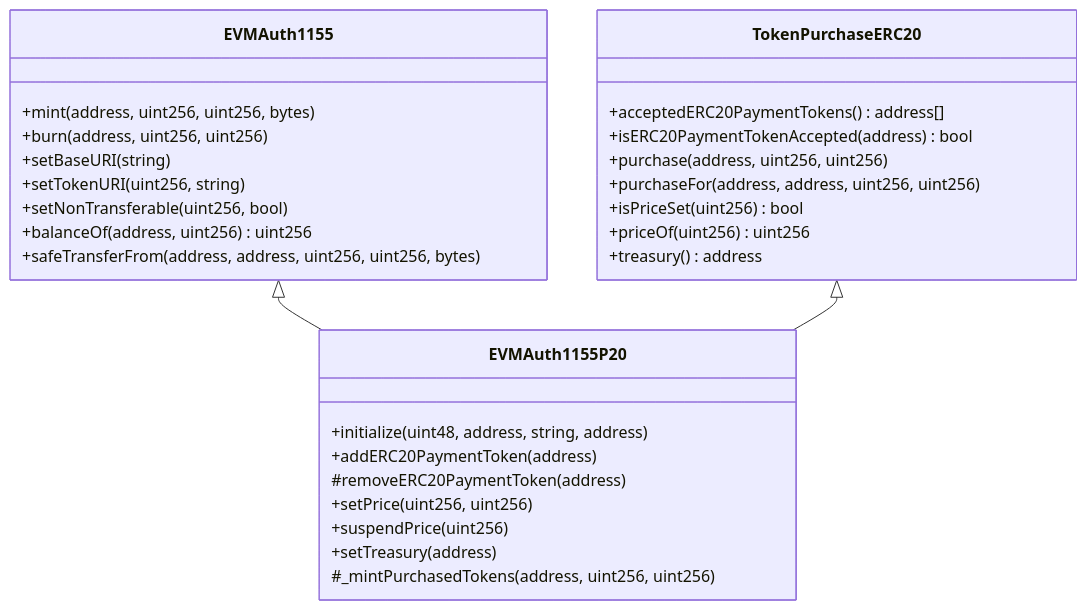
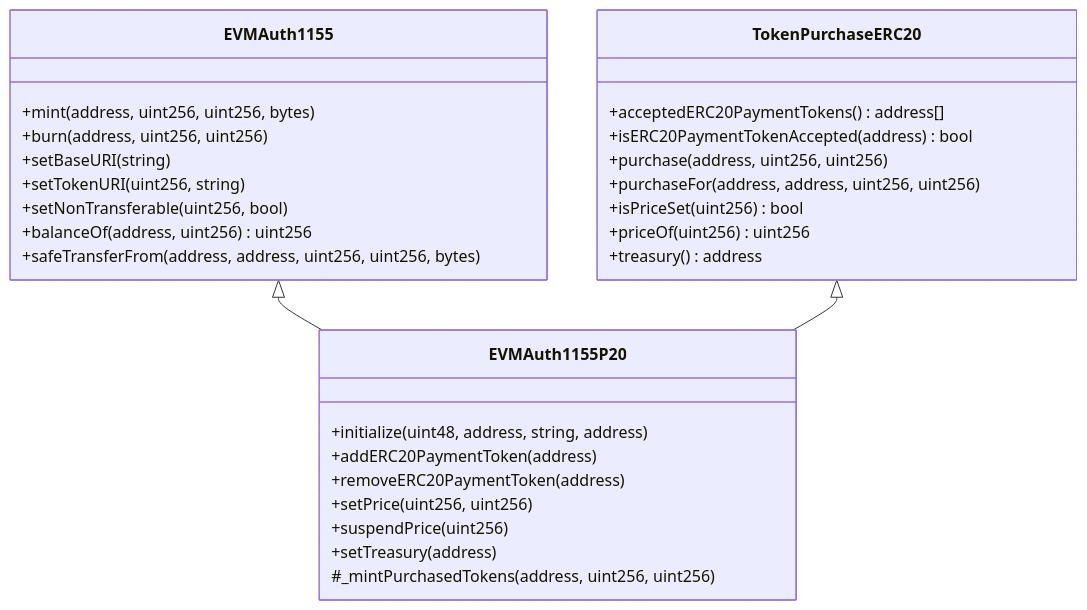
The ninth of 18 diagrams in src/README.md (glanzz/evmauth-core), drawn with Mermaid before and after one commit. The commit also changed other lines of this file and 2 other files, not shown here.

Commit message:
fix: make removeERC20PaymentToken methods public

````diff
--- a/src/README.md
+++ b/src/README.md
@@ -321,33 +321,33 @@
 ```mermaid
 classDiagram
     class EVMAuth1155{
         +mint(address, uint256, uint256, bytes)
         +burn(address, uint256, uint256)
         +setBaseURI(string)
         +setTokenURI(uint256, string)
         +setNonTransferable(uint256, bool)
         +balanceOf(address, uint256) uint256
         +safeTransferFrom(address, address, uint256, uint256, bytes)
     }
     class TokenPurchaseERC20{
         +acceptedERC20PaymentTokens() address[]
         +isERC20PaymentTokenAccepted(address) bool
         +purchase(address, uint256, uint256)
         +purchaseFor(address, address, uint256, uint256)
         +isPriceSet(uint256) bool
         +priceOf(uint256) uint256
         +treasury() address
     }
     class EVMAuth1155P20{
         +initialize(uint48, address, string, address)
         +addERC20PaymentToken(address)
-        #removeERC20PaymentToken(address)
+        +removeERC20PaymentToken(address)
         +setPrice(uint256, uint256)
         +suspendPrice(uint256)
         +setTreasury(address)
         #_mintPurchasedTokens(address, uint256, uint256)
     }
     
     EVMAuth1155 <|-- EVMAuth1155P20
     TokenPurchaseERC20 <|-- EVMAuth1155P20
 ```
````
